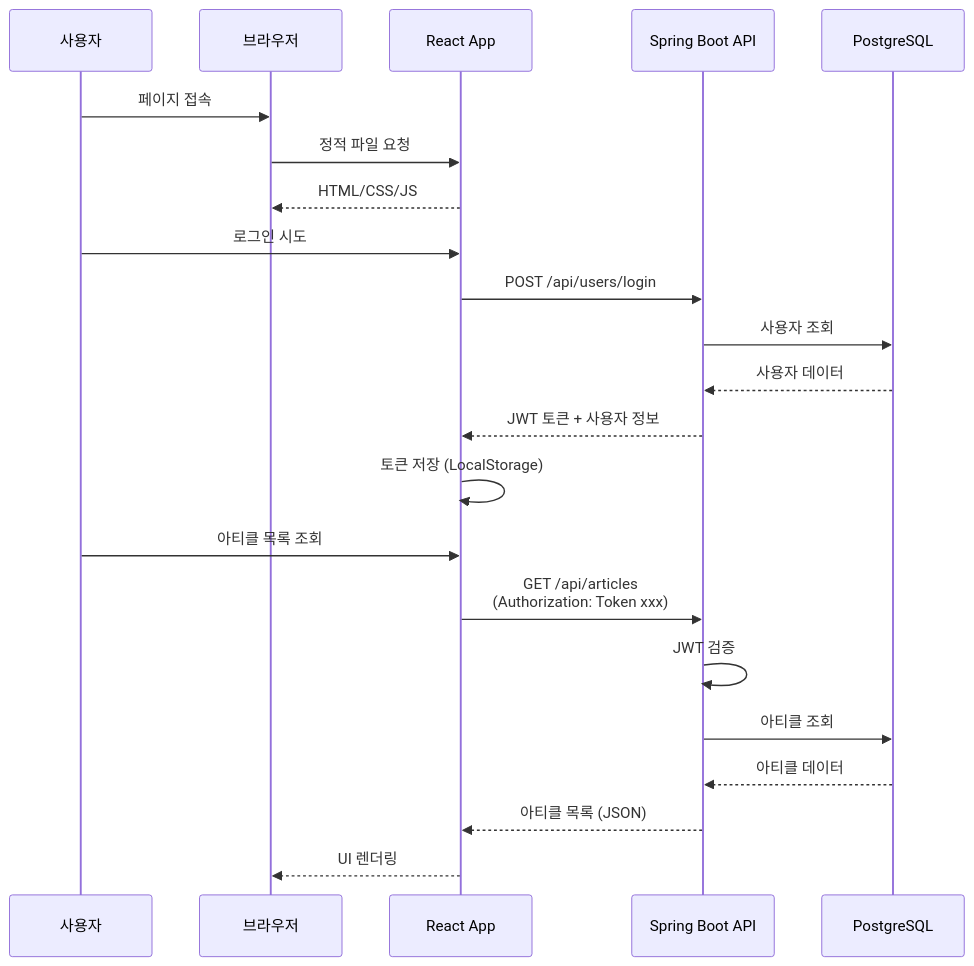
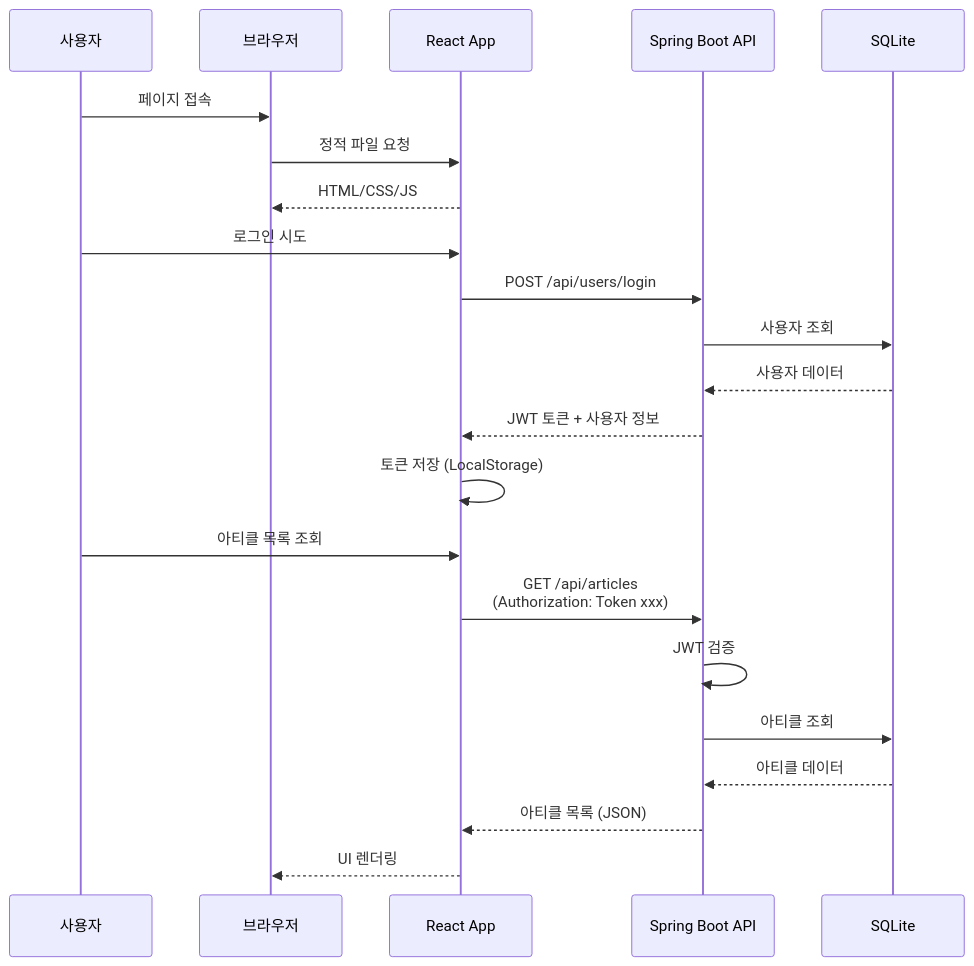
The second of 13 diagrams in docs/design.md (yuno110/vide-start), drawn with Mermaid before and after one commit. The commit also changed other lines of this file and 2 other files, not shown here.

First line of the commit message:
PostgreSQL에서 SQLite로 데이터베이스 변경 - 문서 업데이트 (#27)

````diff
--- a/docs/design.md
+++ b/docs/design.md
@@ -110,27 +110,27 @@
 ```mermaid
 sequenceDiagram
     participant User as 사용자
     participant Browser as 브라우저
     participant React as React App
     participant API as Spring Boot API
-    participant DB as PostgreSQL
+    participant DB as SQLite
 
     User->>Browser: 페이지 접속
     Browser->>React: 정적 파일 요청
     React-->>Browser: HTML/CSS/JS
 
     User->>React: 로그인 시도
     React->>API: POST /api/users/login
     API->>DB: 사용자 조회
     DB-->>API: 사용자 데이터
     API-->>React: JWT 토큰 + 사용자 정보
     React->>React: 토큰 저장 (LocalStorage)
 
     User->>React: 아티클 목록 조회
     React->>API: GET /api/articles<br/>(Authorization: Token xxx)
     API->>API: JWT 검증
     API->>DB: 아티클 조회
     DB-->>API: 아티클 데이터
     API-->>React: 아티클 목록 (JSON)
     React-->>Browser: UI 렌더링
 ```
````
